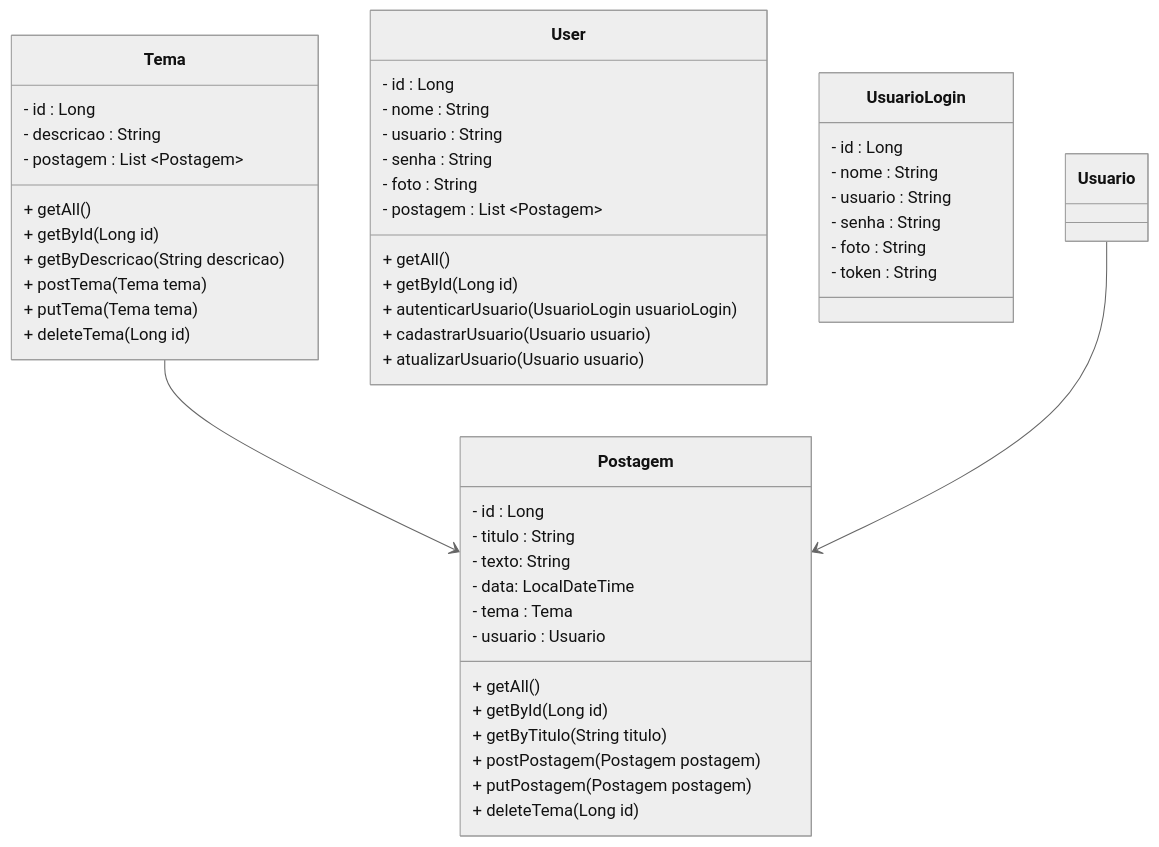
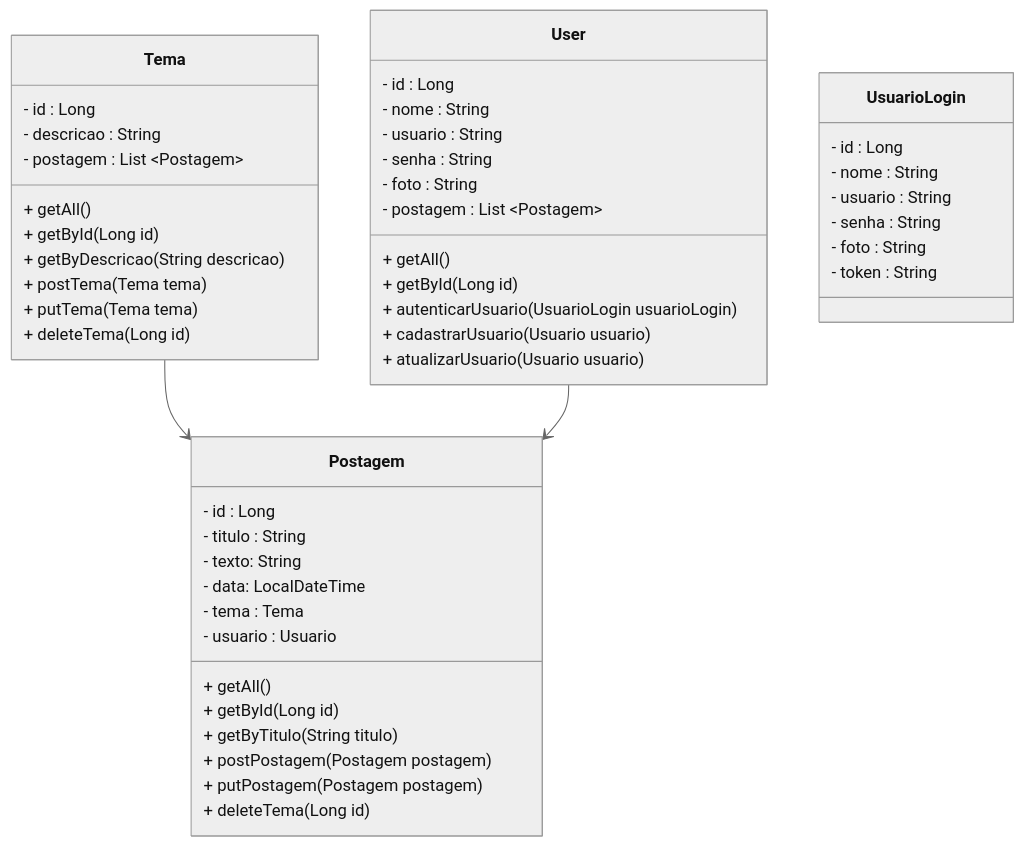
One commit to rafaelq80/blogpessoal_aspnet_ef7 changed the diagram in README.md. Above: the diagram before and after it, drawn with Mermaid (neutral theme).

````diff
--- a/README.md
+++ b/README.md
@@ -15,51 +15,51 @@
 ```mermaid
 classDiagram
 class Tema {
   - id : Long
   - descricao : String
   - postagem : List ~Postagem~
   + getAll()
   + getById(Long id)
   + getByDescricao(String descricao)
   + postTema(Tema tema)
   + putTema(Tema tema)
   + deleteTema(Long id)
 }
 class Postagem {
   - id : Long
   - titulo : String
   - texto: String
   - data: LocalDateTime
   - tema : Tema
   - usuario : Usuario
   + getAll()
   + getById(Long id)
   + getByTitulo(String titulo)
   + postPostagem(Postagem postagem)
   + putPostagem(Postagem postagem)
   + deleteTema(Long id)
 }
 class User {
   - id : Long
   - nome : String
   - usuario : String
   - senha : String
   - foto : String
   - postagem : List ~Postagem~
   + getAll()
   + getById(Long id)
   + autenticarUsuario(UsuarioLogin usuarioLogin)
   + cadastrarUsuario(Usuario usuario)
   + atualizarUsuario(Usuario usuario)
 }
 class UsuarioLogin{
   - id : Long
   - nome : String
   - usuario : String
   - senha : String
   - foto : String
   - token : String
 }
 Tema --> Postagem
-Usuario --> Postagem
+User --> Postagem
 ```
````
